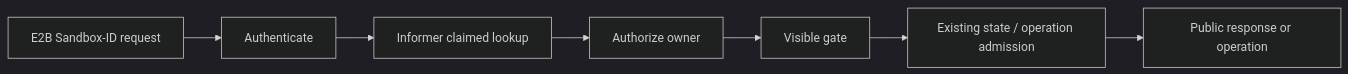
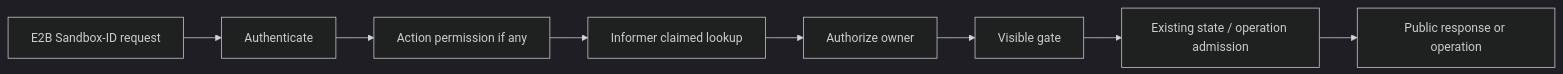
The diagram in docs/proposals/20260826-sandbox-lookup-e2b-visibility-EN.md (AiRanthem/agents), drawn with Mermaid (dark theme) before and after one commit. The commit also changed other lines of this file and 1 other file, not shown here.

````diff
--- a/docs/proposals/20260826-sandbox-lookup-e2b-visibility-EN.md
+++ b/docs/proposals/20260826-sandbox-lookup-e2b-visibility-EN.md
@@ -122,9 +139,10 @@
 ```mermaid
 flowchart LR
     Request[E2B Sandbox-ID request] --> Auth[Authenticate]
-    Auth --> Lookup[Informer claimed lookup]
+    Auth --> Permission[Action permission if any]
+    Permission --> Lookup[Informer claimed lookup]
     Lookup --> Owner[Authorize owner]
     Owner --> Visible[Visible gate]
     Visible --> State[Existing state / operation admission]
     State --> Result[Public response or operation]
 ```
````
